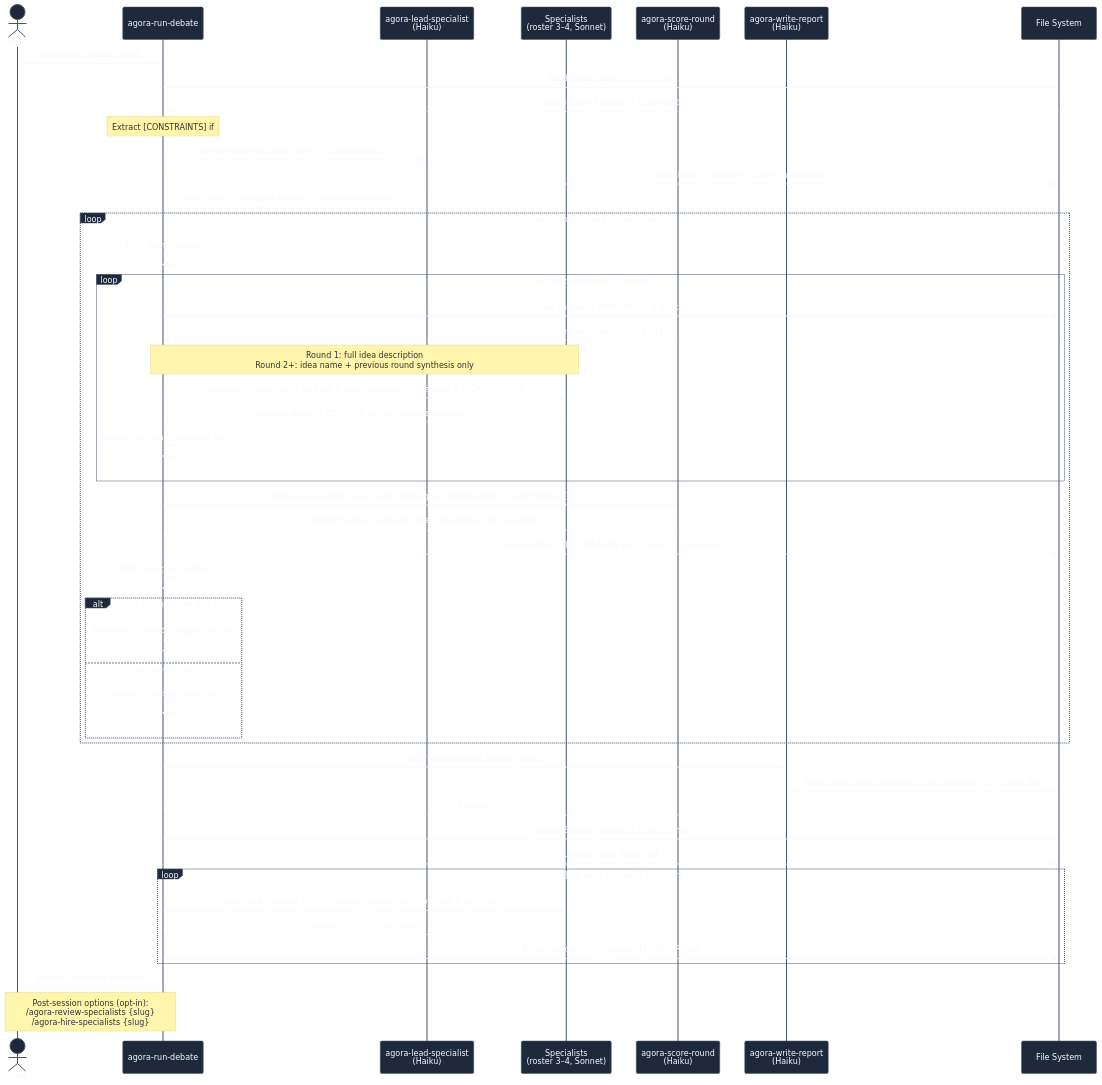
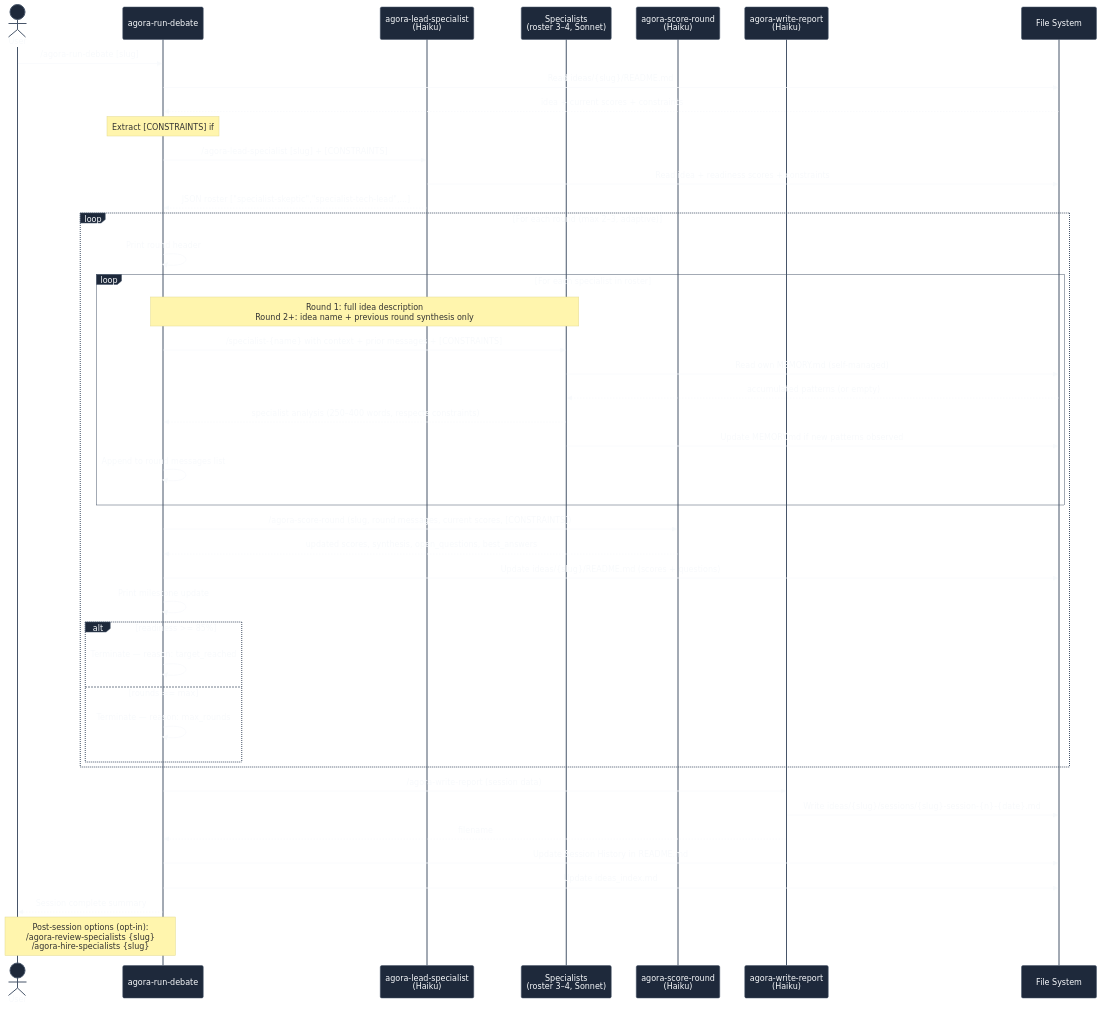
The diagram in docs/diagrams/02-debate-session-flow.mmd (aryan-curiel/agora), drawn with Mermaid before and after one commit. The commit also changed 7 other files, not shown here.

First line of the commit message:
Update diagrams, landing page, and slides for agent-owned memory

```diff
--- a/docs/diagrams/02-debate-session-flow.mmd
+++ b/docs/diagrams/02-debate-session-flow.mmd
@@ -1,59 +1,54 @@
 %%{init: {"theme": "base", "themeVariables": {"primaryColor": "#1e293b", "primaryTextColor": "#f8fafc", "primaryBorderColor": "#475569", "lineColor": "#94a3b8", "secondaryColor": "#0f172a", "tertiaryColor": "#162032", "background": "#0f172a", "mainBkg": "#1e293b", "nodeBorder": "#475569", "clusterBkg": "#162032", "titleColor": "#f8fafc", "edgeLabelBackground": "#1e293b", "fontFamily": "monospace"}}}%%
 
 sequenceDiagram
     actor User
     participant RD as agora-run-debate
     participant LA as agora-lead-specialist<br/>(Haiku)
     participant SA as Specialists<br/>(roster 3–4, Sonnet)
     participant SR as agora-score-round<br/>(Haiku)
     participant WR as agora-write-report<br/>(Haiku)
     participant FS as File System
 
     User->>RD: /agora-run-debate [slug]
     RD->>FS: Read ideas/{slug}/README.md
     FS-->>RD: idea + current scores + constraints
     Note over RD: Extract [CONSTRAINTS] if ## Constraints present
     RD->>LA: /agora-lead-specialist [slug] + [CONSTRAINTS]
     LA->>FS: Read idea + readiness scores + constraints
     LA-->>RD: JSON roster ["specialist-skeptic","specialist-tech-lead",...]
 
     loop For each round (max 2–3, adaptive)
         RD->>RD: Print round header
 
         loop For each specialist in roster
-            RD->>FS: Read specialist MEMORY.md (if exists)
-            FS-->>RD: specialist memory (or empty)
             Note over RD,SA: Round 1: full idea description<br/>Round 2+: idea name + previous round synthesis only
-            RD->>SA: /specialist-{name} with context + prior messages + memory + [CONSTRAINTS]
+            RD->>SA: /specialist-{name} with context + prior messages + [CONSTRAINTS]
+            SA->>FS: Read own MEMORY.md (self-managed)
+            FS-->>SA: accumulated patterns (or empty)
             SA-->>RD: specialist analysis (250–400 words, respects constraints)
+            SA->>FS: Update MEMORY.md if new patterns observed
             RD->>RD: Append to round messages list
         end
 
         RD->>SR: /agora-score-round (slug, round messages, current scores, [CONSTRAINTS])
         SR-->>RD: updated scores, synthesis, open_questions, best_answers
 
         RD->>FS: Update ideas/{slug}/README.md (scores + questions)
         RD->>RD: Print milestone update
 
         alt readiness >= 85%
             RD->>RD: Terminate — reason: target_reached
         else rounds == max
             RD->>RD: Terminate — reason: max_rounds
         end
     end
 
     RD->>WR: /agora-write-report (session data)
     WR->>FS: Write ideas/{slug}/sessions/{slug}-session-{n}-{date}.md
     WR-->>RD: filename
 
     RD->>FS: Update Session History in README.md
     RD->>FS: Update ideas_index.md
 
-    loop For each specialist in roster
-        RD->>SA: /specialist-{name} MODE:memory-update (contributions + synthesis)
-        SA-->>RD: Updated MEMORY.md content
-        RD->>FS: Write .claude/skills/{specialist}/MEMORY.md
-    end
-
     RD-->>User: Session complete summary
     Note over RD,User: Post-session options (opt-in):<br/>/agora-review-specialists {slug}<br/>/agora-hire-specialists {slug}
```
